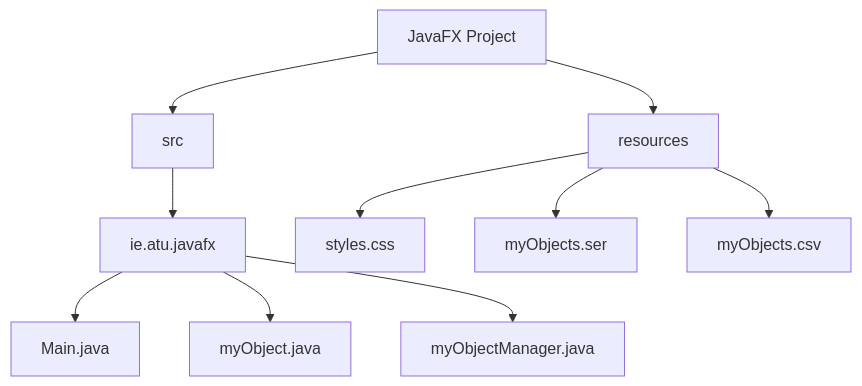
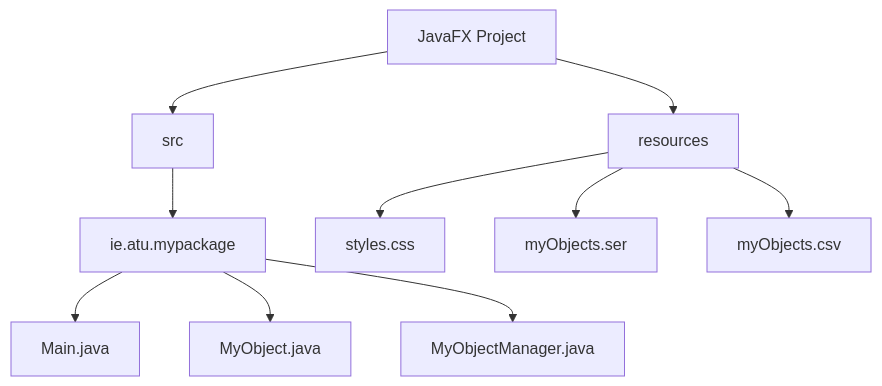
The first of 4 diagrams in project-brief.md (DanielCreggOrganization/aooc-project-template), drawn with Mermaid before and after one commit. The commit also changed other lines of this file and 1 other file, not shown here.

First line of the commit message:
Fix typos and clarify project brief with more diagrams

````diff
--- a/project-brief.md
+++ b/project-brief.md
@@ -36,12 +58,12 @@
 ```mermaid
 graph TD
     A[JavaFX Project] --> B[src]
-    B --> C[ie.atu.javafx]
+    B --> C[ie.atu.mypackage]
     C --> D[Main.java]
-    C --> E[myObject.java]
-    C --> F[myObjectManager.java]
+    C --> E[MyObject.java]
+    C --> F[MyObjectManager.java]
     A --> G[resources]
     G --> H[styles.css]
     G --> I[myObjects.ser]
     G --> J[myObjects.csv]
 ```
````
